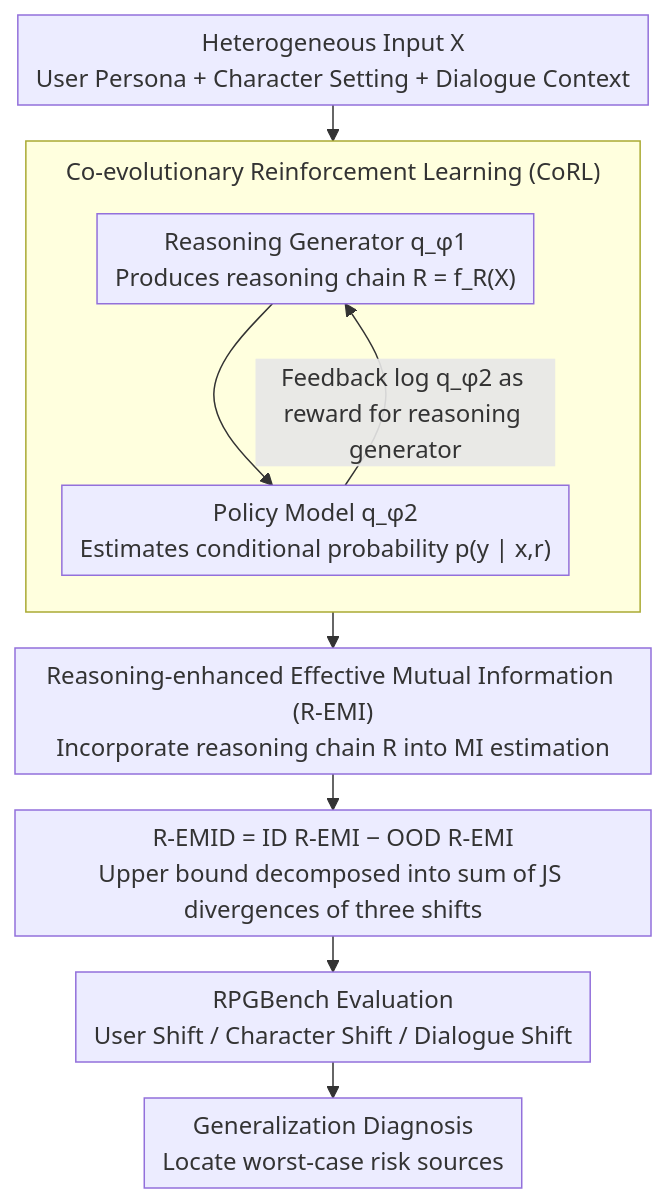
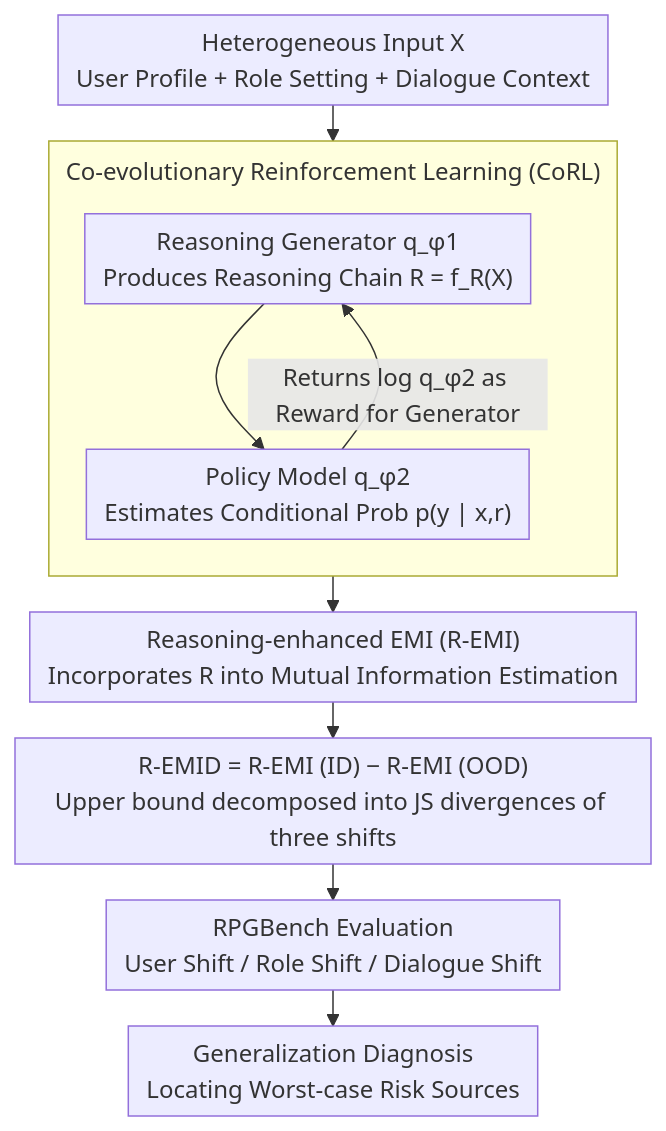
One commit to zhaoyang97/Paper-Notes-en changed the diagram in docs/ACL2026/reinforcement_learning/understanding_generalization_in_role-playing_models_via_information_theory.md. Above: the diagram before and after it, drawn with Mermaid. The commit also changed other lines of this file and 5084 other files, not shown here.

````diff
--- a/docs/ACL2026/reinforcement_learning/understanding_generalization_in_role-playing_models_via_information_theory.md
+++ b/docs/ACL2026/reinforcement_learning/understanding_generalization_in_role-playing_models_via_information_theory.md
@@ -45,17 +45,17 @@
 ```mermaid
 %%{init: {'flowchart': {'rankSpacing': 24, 'nodeSpacing': 28, 'padding': 6, 'wrappingWidth': 400, 'subGraphTitleMargin': {'top': 8, 'bottom': 16}}}}%%
 flowchart TD
-    A["Heterogeneous Input X<br/>User Persona + Character Setting + Dialogue Context"]
+    A["Heterogeneous Input X<br/>User Profile + Role Setting + Dialogue Context"]
     subgraph CORL["Co-evolutionary Reinforcement Learning (CoRL)"]
         direction TB
-        B["Reasoning Generator q_φ1<br/>Produces reasoning chain R = f_R(X)"]
-        C["Policy Model q_φ2<br/>Estimates conditional probability p(y | x,r)"]
+        B["Reasoning Generator q_φ1<br/>Produces Reasoning Chain R = f_R(X)"]
+        C["Policy Model q_φ2<br/>Estimates Conditional Prob p(y | x,r)"]
         B --> C
-        C -->|"Feedback log q_φ2 as reward for reasoning generator"| B
+        C -->|"Returns log q_φ2 as Reward for Generator"| B
     end
     A --> CORL
-    CORL --> D["Reasoning-enhanced Effective Mutual Information (R-EMI)<br/>Incorporate reasoning chain R into MI estimation"]
-    D --> E["R-EMID = ID R-EMI − OOD R-EMI<br/>Upper bound decomposed into sum of JS divergences of three shifts"]
-    E --> F["RPGBench Evaluation<br/>User Shift / Character Shift / Dialogue Shift"]
-    F --> G["Generalization Diagnosis<br/>Locate worst-case risk sources"]
+    CORL --> D["Reasoning-enhanced EMI (R-EMI)<br/>Incorporates R into Mutual Information Estimation"]
+    D --> E["R-EMID = R-EMI (ID) − R-EMI (OOD)<br/>Upper bound decomposed into JS divergences of three shifts"]
+    E --> F["RPGBench Evaluation<br/>User Shift / Role Shift / Dialogue Shift"]
+    F --> G["Generalization Diagnosis<br/>Locating Worst-case Risk Sources"]
 ```
````
